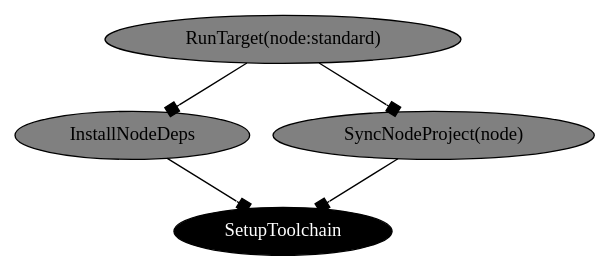
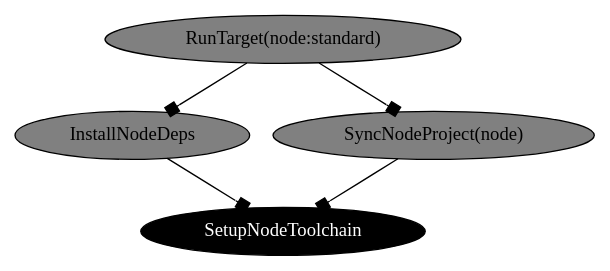
The diagram in website/docs/commands/dep-graph.mdx (moonrepo/moon), drawn with Graphviz before and after one commit. The commit also changed 19 other files, not shown here.

````diff
--- a/website/docs/commands/dep-graph.mdx
+++ b/website/docs/commands/dep-graph.mdx
@@ -32,12 +32,12 @@
 ```dot
 digraph {
-    0 [ label="SetupToolchain" style=filled, shape=oval, fillcolor=black, fontcolor=white]
+    0 [ label="SetupNodeToolchain" style=filled, shape=oval, fillcolor=black, fontcolor=white]
     1 [ label="InstallNodeDeps" style=filled, shape=oval, fillcolor=gray, fontcolor=black]
     2 [ label="SyncNodeProject(node)" style=filled, shape=oval, fillcolor=gray, fontcolor=black]
     3 [ label="RunTarget(node:standard)" style=filled, shape=oval, fillcolor=gray, fontcolor=black]
     1 -> 0 [ arrowhead=box, arrowtail=box]
     2 -> 0 [ arrowhead=box, arrowtail=box]
     3 -> 1 [ arrowhead=box, arrowtail=box]
     3 -> 2 [ arrowhead=box, arrowtail=box]
 }
 ```
````
